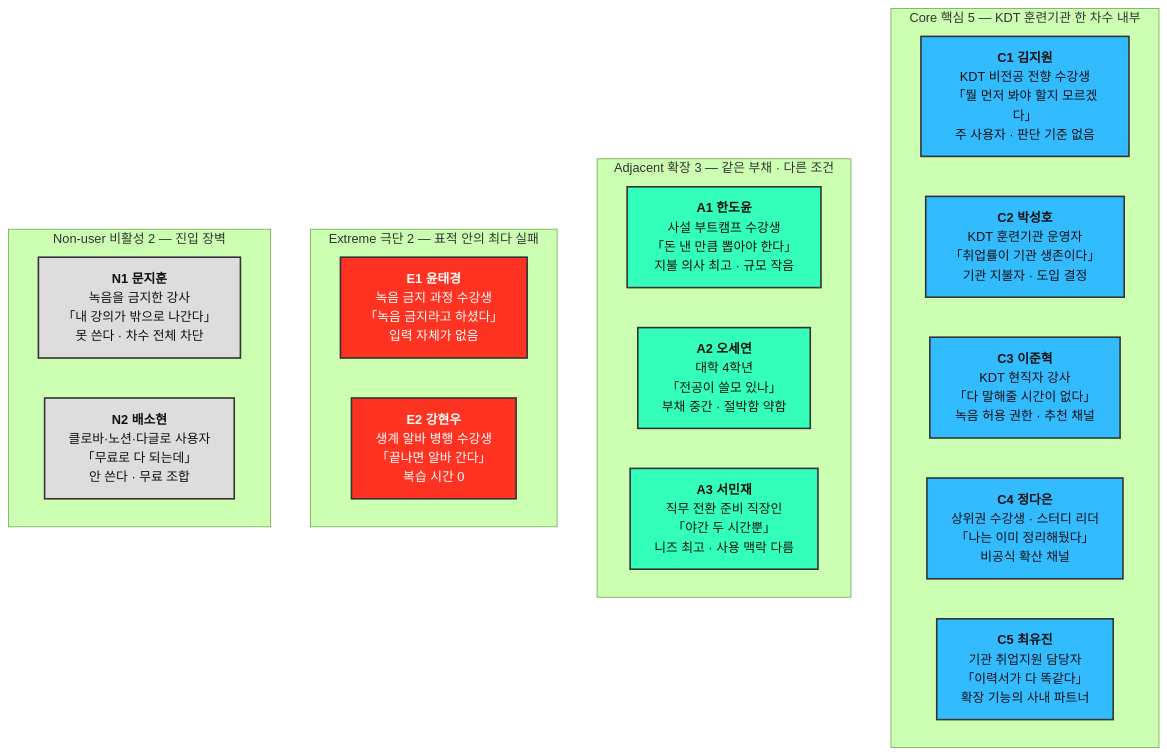
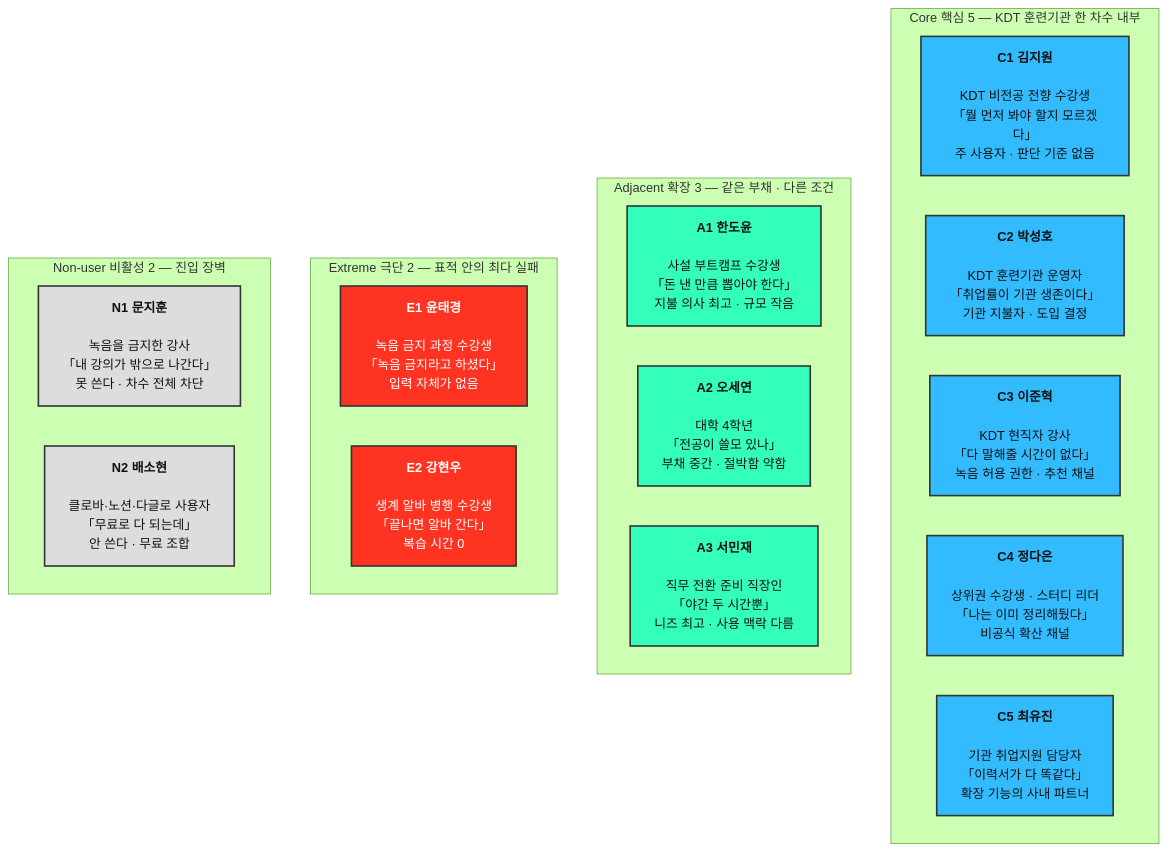
Before and after one commit to happai079/business-research-kokjip: the second of 3 diagrams in 05-persona-spectrum-journey-map/case-01-persona-spectrum.md, drawn with Mermaid (forest theme). The commit also changed other lines of this file and 4 other files, not shown here.

````diff
--- a/05-persona-spectrum-journey-map/case-01-persona-spectrum.md
+++ b/05-persona-spectrum-journey-map/case-01-persona-spectrum.md
@@ -248,39 +250,39 @@
 ```mermaid
 graph TB
     subgraph CORE["Core 핵심 5 — KDT 훈련기관 한 차수 내부"]
         direction LR
-        C1["<b>C1 김지원</b><br>KDT 비전공 전향 수강생<br>「뭘 먼저 봐야 할지 모르겠다」<br>주 사용자 · 판단 기준 없음"]
-        C2["<b>C2 박성호</b><br>KDT 훈련기관 운영자<br>「취업률이 기관 생존이다」<br>기관 지불자 · 도입 결정"]
-        C3["<b>C3 이준혁</b><br>KDT 현직자 강사<br>「다 말해줄 시간이 없다」<br>녹음 허용 권한 · 추천 채널"]
-        C4["<b>C4 정다은</b><br>상위권 수강생 · 스터디 리더<br>「나는 이미 정리해뒀다」<br>비공식 확산 채널"]
-        C5["<b>C5 최유진</b><br>기관 취업지원 담당자<br>「이력서가 다 똑같다」<br>확장 기능의 사내 파트너"]
+        C1["<b>C1 김지원</b><br> <br>KDT 비전공 전향 수강생<br>「뭘 먼저 봐야 할지 모르겠다」<br>주 사용자 · 판단 기준 없음"]
+        C2["<b>C2 박성호</b><br> <br>KDT 훈련기관 운영자<br>「취업률이 기관 생존이다」<br>기관 지불자 · 도입 결정"]
+        C3["<b>C3 이준혁</b><br> <br>KDT 현직자 강사<br>「다 말해줄 시간이 없다」<br>녹음 허용 권한 · 추천 채널"]
+        C4["<b>C4 정다은</b><br> <br>상위권 수강생 · 스터디 리더<br>「나는 이미 정리해뒀다」<br>비공식 확산 채널"]
+        C5["<b>C5 최유진</b><br> <br>기관 취업지원 담당자<br>「이력서가 다 똑같다」<br>확장 기능의 사내 파트너"]
     end
 
     subgraph ADJ["Adjacent 확장 3 — 같은 부채 · 다른 조건"]
         direction LR
-        A1["<b>A1 한도윤</b><br>사설 부트캠프 수강생<br>「돈 낸 만큼 뽑아야 한다」<br>지불 의사 최고 · 규모 작음"]
-        A2["<b>A2 오세연</b><br>대학 4학년<br>「전공이 쓸모 있나」<br>부채 중간 · 절박함 약함"]
-        A3["<b>A3 서민재</b><br>직무 전환 준비 직장인<br>「야간 두 시간뿐」<br>니즈 최고 · 사용 맥락 다름"]
+        A1["<b>A1 한도윤</b><br> <br>사설 부트캠프 수강생<br>「돈 낸 만큼 뽑아야 한다」<br>지불 의사 최고 · 규모 작음"]
+        A2["<b>A2 오세연</b><br> <br>대학 4학년<br>「전공이 쓸모 있나」<br>부채 중간 · 절박함 약함"]
+        A3["<b>A3 서민재</b><br> <br>직무 전환 준비 직장인<br>「야간 두 시간뿐」<br>니즈 최고 · 사용 맥락 다름"]
     end
 
     subgraph EXT["Extreme 극단 2 — 표적 안의 최다 실패"]
         direction LR
-        E1["<b>E1 윤태경</b><br>녹음 금지 과정 수강생<br>「녹음 금지라고 하셨다」<br>입력 자체가 없음"]
-        E2["<b>E2 강현우</b><br>생계 알바 병행 수강생<br>「끝나면 알바 간다」<br>복습 시간 0"]
+        E1["<b>E1 윤태경</b><br> <br>녹음 금지 과정 수강생<br>「녹음 금지라고 하셨다」<br>입력 자체가 없음"]
+        E2["<b>E2 강현우</b><br> <br>생계 알바 병행 수강생<br>「끝나면 알바 간다」<br>복습 시간 0"]
     end
 
     subgraph NON["Non-user 비활성 2 — 진입 장벽"]
         direction LR
-        N1["<b>N1 문지훈</b><br>녹음을 금지한 강사<br>「내 강의가 밖으로 나간다」<br>못 쓴다 · 차수 전체 차단"]
-        N2["<b>N2 배소현</b><br>클로바·노션·다글로 사용자<br>「무료로 다 되는데」<br>안 쓴다 · 무료 조합"]
+        N1["<b>N1 문지훈</b><br> <br>녹음을 금지한 강사<br>「내 강의가 밖으로 나간다」<br>못 쓴다 · 차수 전체 차단"]
+        N2["<b>N2 배소현</b><br> <br>클로바·노션·다글로 사용자<br>「무료로 다 되는데」<br>안 쓴다 · 무료 조합"]
     end
 
     classDef core fill:#33BBFF,stroke:#333,stroke-width:2px,color:#111;
     classDef adj fill:#33FFBB,stroke:#333,stroke-width:2px,color:#111;
     classDef ext fill:#FF3322,stroke:#333,stroke-width:2px,color:#fff;
     classDef non fill:#DDDDDD,stroke:#333,stroke-width:2px,color:#111;
     class C1,C2,C3,C4,C5 core;
     class A1,A2,A3 adj;
     class E1,E2 ext;
     class N1,N2 non;
 ```
````
